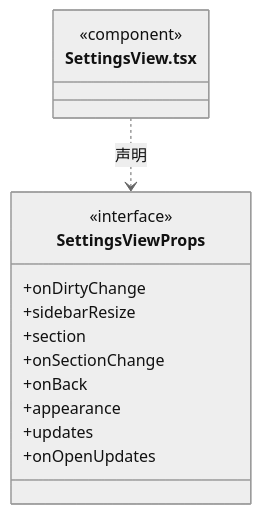
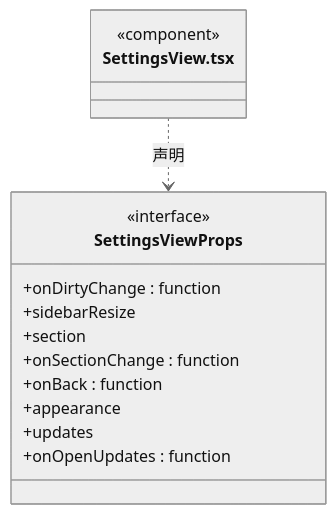
Before and after one commit to nan023062/cbim: diagram 25 of 34 in src/view/settings/ARCHITECTURE.md, drawn with Mermaid (neutral theme). The commit also changed other lines of this file and 137 other files, not shown here.

Commit message:
fix: align architecture generator with documentation standards

````diff
--- a/src/view/settings/ARCHITECTURE.md
+++ b/src/view/settings/ARCHITECTURE.md
@@ -481,18 +522,18 @@
 ```mermaid
 classDiagram
 class N_src_view_settings_SettingsView_tsx["SettingsView.tsx"] {
   <<component>>
 }
 class N_src_view_settings_SettingsView_tsx_SettingsViewProps["SettingsViewProps"] {
   <<interface>>
-  +onDirtyChange
+  +onDirtyChange : function
   +sidebarResize
   +section
-  +onSectionChange
-  +onBack
+  +onSectionChange : function
+  +onBack : function
   +appearance
   +updates
-  +onOpenUpdates
+  +onOpenUpdates : function
 }
 N_src_view_settings_SettingsView_tsx ..> N_src_view_settings_SettingsView_tsx_SettingsViewProps : 声明
 ```
````
